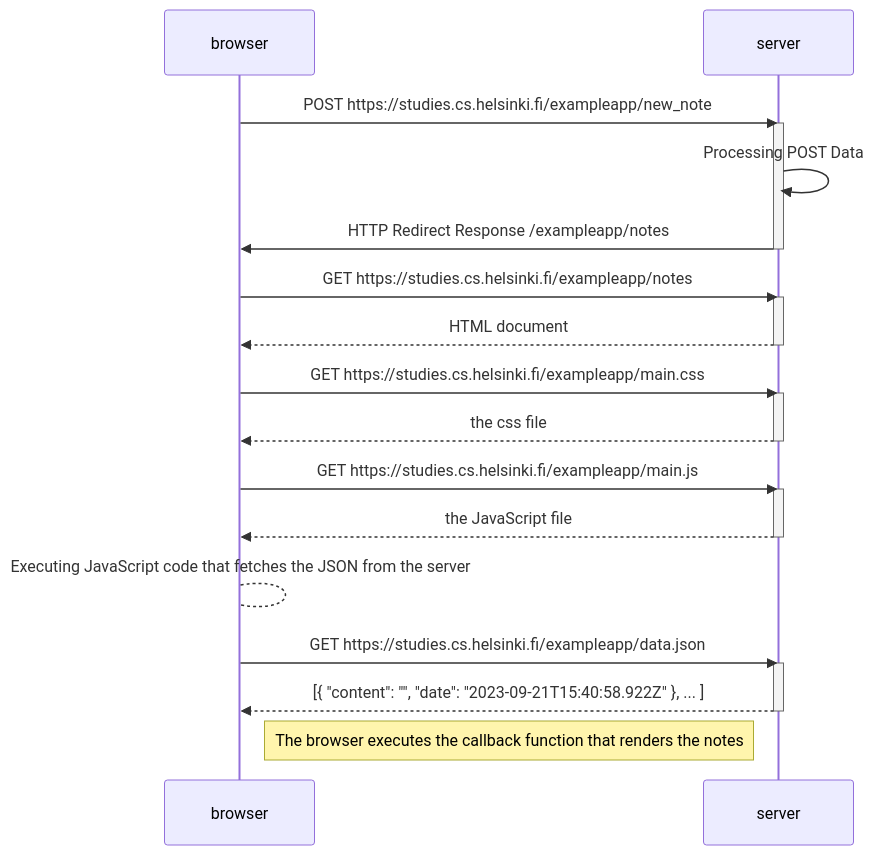
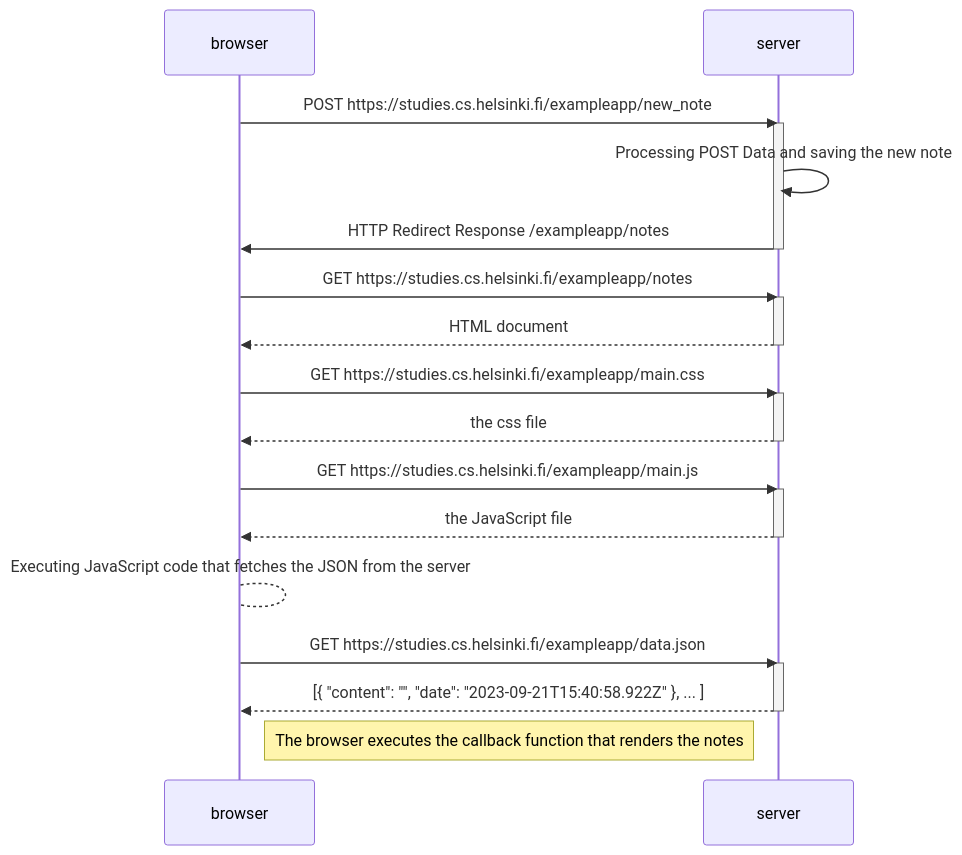
Before and after one commit to OttoPekander/palauitusrepositorio: the diagram in osa0/readme.md, drawn with Mermaid.

Commit message:
added note that server will store the posted data

````diff
--- a/osa0/readme.md
+++ b/osa0/readme.md
@@ -3,37 +3,37 @@
 ```mermaid
 sequenceDiagram
     participant browser
     participant server
 
     browser->>server: POST https://studies.cs.helsinki.fi/exampleapp/new_note
     activate server
-    server->>server: Processing POST Data
+    server->>server: Processing POST Data and saving the new note
     server->>browser: HTTP Redirect Response /exampleapp/notes
     deactivate server
     
     browser->>server: GET https://studies.cs.helsinki.fi/exampleapp/notes
     activate server
     server-->>browser: HTML document
     deactivate server
     
     browser->>server: GET https://studies.cs.helsinki.fi/exampleapp/main.css
     activate server
     server-->>browser: the css file
     deactivate server
     
     browser->>server: GET https://studies.cs.helsinki.fi/exampleapp/main.js
     activate server
     server-->>browser: the JavaScript file
     deactivate server
 
     browser-->browser: Executing JavaScript code that fetches the JSON from the server   
     browser->>server: GET https://studies.cs.helsinki.fi/exampleapp/data.json
     activate server
     server-->>browser: [{ "content": "", "date": "2023-09-21T15:40:58.922Z" }, ... ]
     deactivate server    
 
     Note right of browser: The browser executes the callback function that renders the notes 
 
 
 
 ```
````
